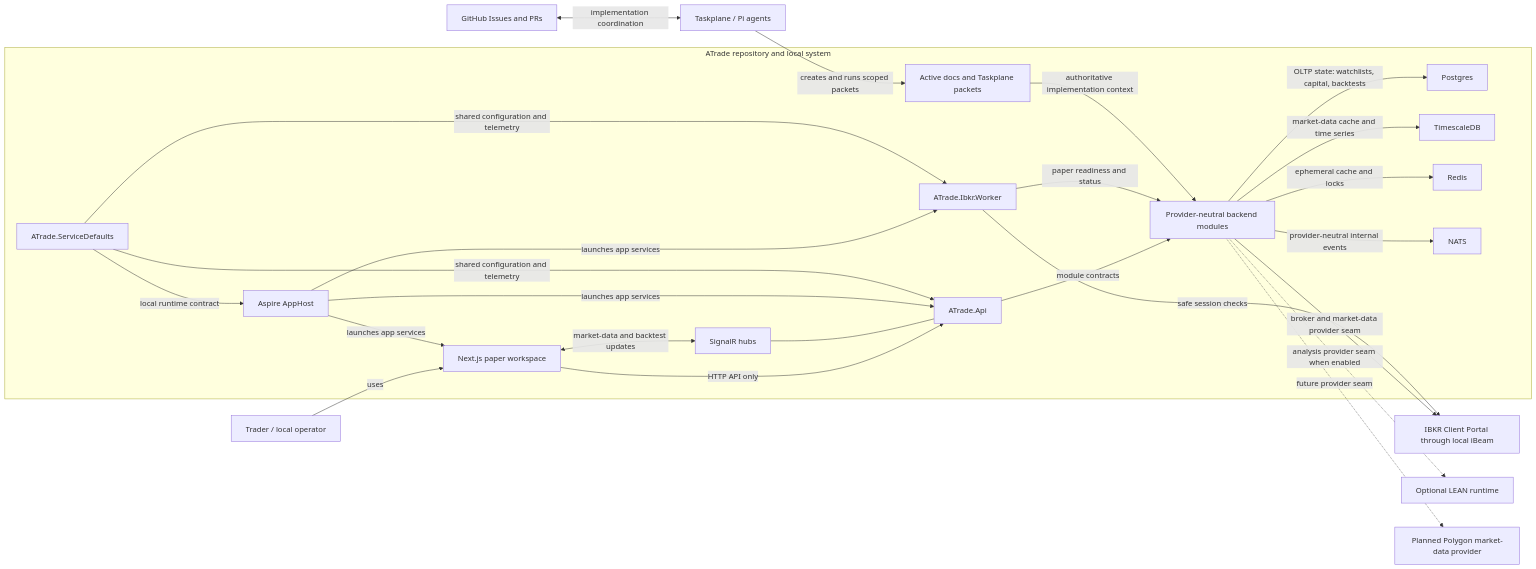
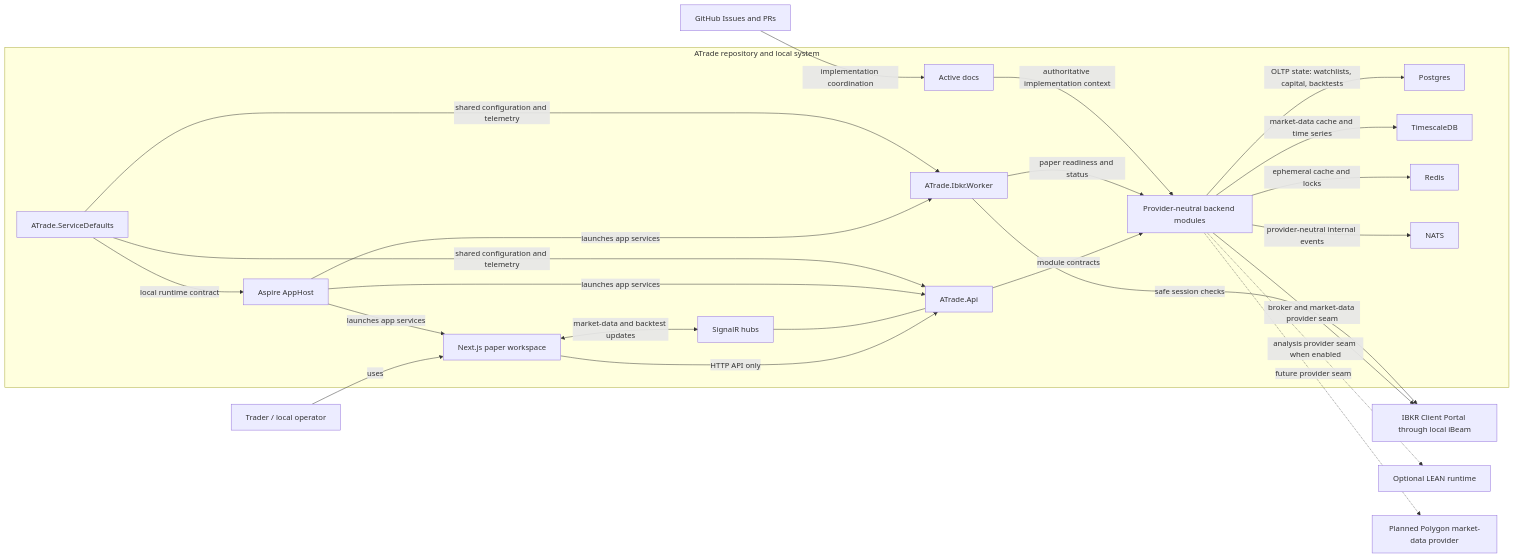
One commit to Mano-Liaoyan/ATrade changed the diagram in docs/architecture/diagrams/01-system-context.md. Above: the diagram before and after it, drawn with Mermaid. The commit also changed other lines of this file and 280 other files, not shown here.

````diff
--- a/docs/architecture/diagrams/01-system-context.md
+++ b/docs/architecture/diagrams/01-system-context.md
@@ -22,52 +22,50 @@
 ```mermaid
 flowchart LR
     trader["Trader / local operator"]
     github["GitHub Issues and PRs"]
-    taskplane["Taskplane / Pi agents"]
     ibkr["IBKR Client Portal through local iBeam"]
     lean["Optional LEAN runtime"]
     polygon["Planned Polygon market-data provider"]
 
     subgraph atrade["ATrade repository and local system"]
-        docs["Active docs and Taskplane packets"]
+        docs["Active docs"]
         apphost["Aspire AppHost"]
         frontend["Next.js paper workspace"]
         api["ATrade.Api"]
         hubs["SignalR hubs"]
         modules["Provider-neutral backend modules"]
         worker["ATrade.Ibkr.Worker"]
         defaults["ATrade.ServiceDefaults"]
         postgres["Postgres"]
         timescale["TimescaleDB"]
         redis["Redis"]
         nats["NATS"]
     end
 
     trader -->|"uses"| frontend
     frontend -->|"HTTP API only"| api
     frontend <-->|"market-data and backtest updates"| hubs
     hubs --- api
 
     apphost -->|"launches app services"| api
     apphost -->|"launches app services"| worker
     apphost -->|"launches app services"| frontend
     defaults -->|"local runtime contract"| apphost
     defaults -->|"shared configuration and telemetry"| api
     defaults -->|"shared configuration and telemetry"| worker
 
     api -->|"module contracts"| modules
     worker -->|"paper readiness and status"| modules
     modules -->|"OLTP state: watchlists, capital, backtests"| postgres
     modules -->|"market-data cache and time series"| timescale
     modules -->|"ephemeral cache and locks"| redis
     modules -->|"provider-neutral internal events"| nats
 
     modules -->|"broker and market-data provider seam"| ibkr
     worker -->|"safe session checks"| ibkr
     modules -.->|"analysis provider seam when enabled"| lean
     modules -.->|"future provider seam"| polygon
 
-    github <-->|"implementation coordination"| taskplane
-    taskplane -->|"creates and runs scoped packets"| docs
+    github -->|"implementation coordination"| docs
     docs -->|"authoritative implementation context"| modules
 ```
````
